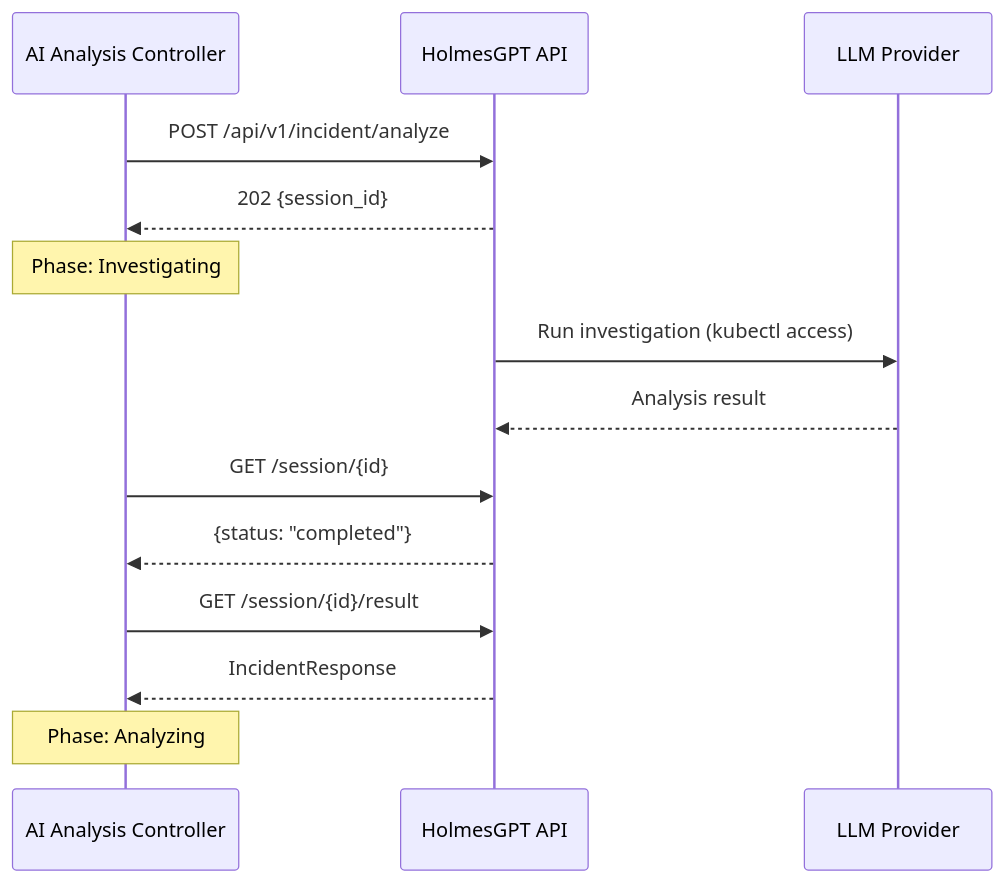
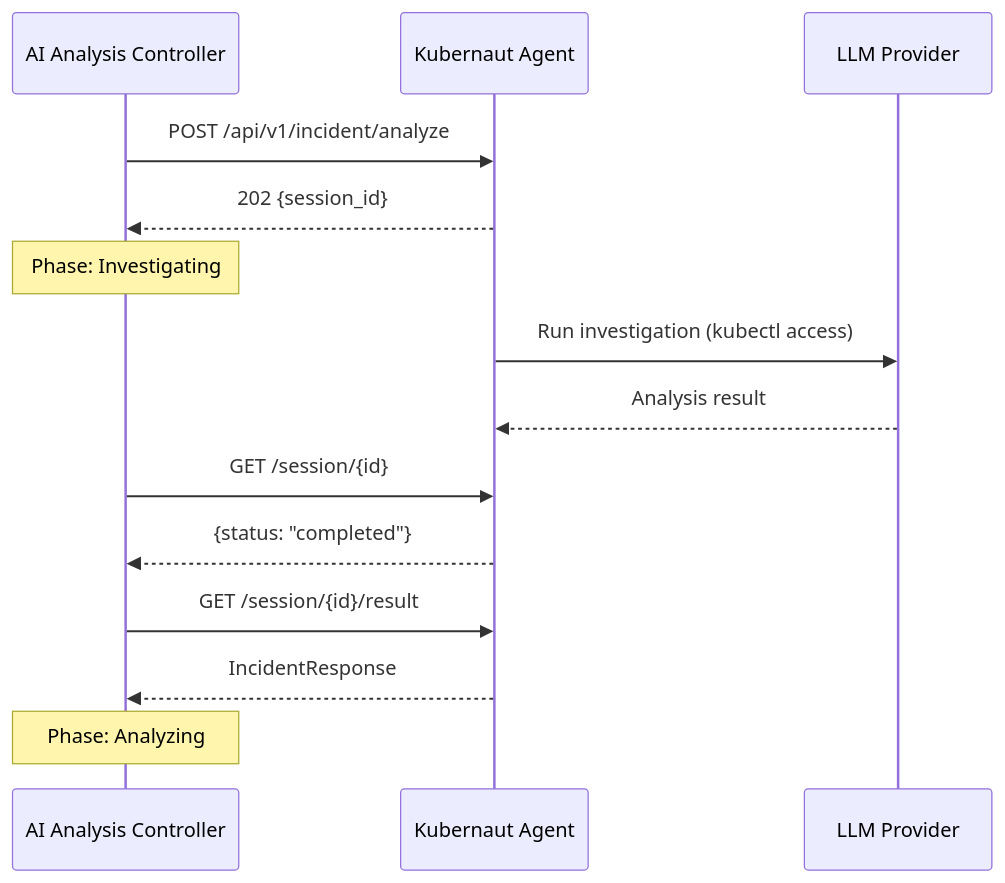
Before and after one commit to jordigilh/kubernaut-docs: the second of 2 diagrams in docs/architecture/ai-analysis.md, drawn with Mermaid. The commit also changed other lines of this file and 58 other files, not shown here.

````diff
--- a/docs/architecture/ai-analysis.md
+++ b/docs/architecture/ai-analysis.md
@@ -31,20 +31,20 @@
 ```mermaid
 sequenceDiagram
     participant AA as AI Analysis Controller
-    participant HAPI as HolmesGPT API
+    participant KA as Kubernaut Agent
     participant LLM as LLM Provider
 
-    AA->>HAPI: POST /api/v1/incident/analyze
-    HAPI-->>AA: 202 {session_id}
+    AA->>KA: POST /api/v1/incident/analyze
+    KA-->>AA: 202 {session_id}
     Note over AA: Phase: Investigating
 
-    HAPI->>LLM: Run investigation (kubectl access)
-    LLM-->>HAPI: Analysis result
+    KA->>LLM: Run investigation (kubectl access)
+    LLM-->>KA: Analysis result
 
-    AA->>HAPI: GET /session/{id}
-    HAPI-->>AA: {status: "completed"}
+    AA->>KA: GET /session/{id}
+    KA-->>AA: {status: "completed"}
 
-    AA->>HAPI: GET /session/{id}/result
-    HAPI-->>AA: IncidentResponse
+    AA->>KA: GET /session/{id}/result
+    KA-->>AA: IncidentResponse
     Note over AA: Phase: Analyzing
 ```
````
